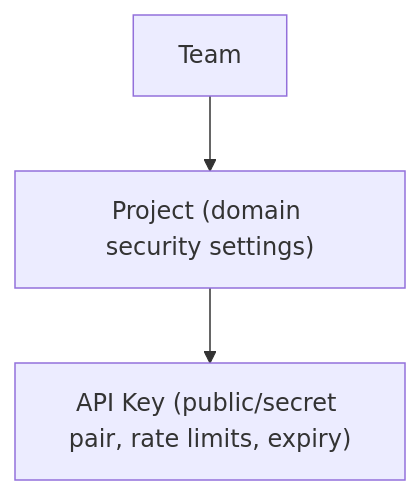
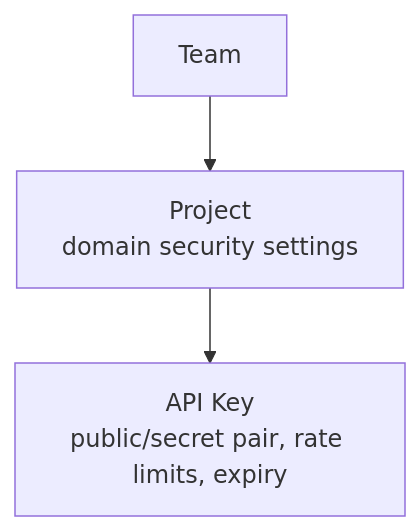
One commit to EricTsai83/optstuff changed the third of 3 diagrams in apps/docs/content/docs/introduction/how-it-works.mdx. Above: the diagram before and after it, drawn with Mermaid. The commit also changed other lines of this file, not shown here.

````diff
--- a/apps/docs/content/docs/introduction/how-it-works.mdx
+++ b/apps/docs/content/docs/introduction/how-it-works.mdx
@@ -88,5 +90,5 @@
 ```mermaid title="Team, project, and API key"
 flowchart TD
-  Team["Team"] --> Project["Project (domain security settings)"]
-  Project --> ApiKey["API Key (public/secret pair, rate limits, expiry)"]
+  Team["Team"] --> Project["Project<br/>domain security settings"]
+  Project --> ApiKey["API Key<br/>public/secret pair, rate limits, expiry"]
 ```
````
